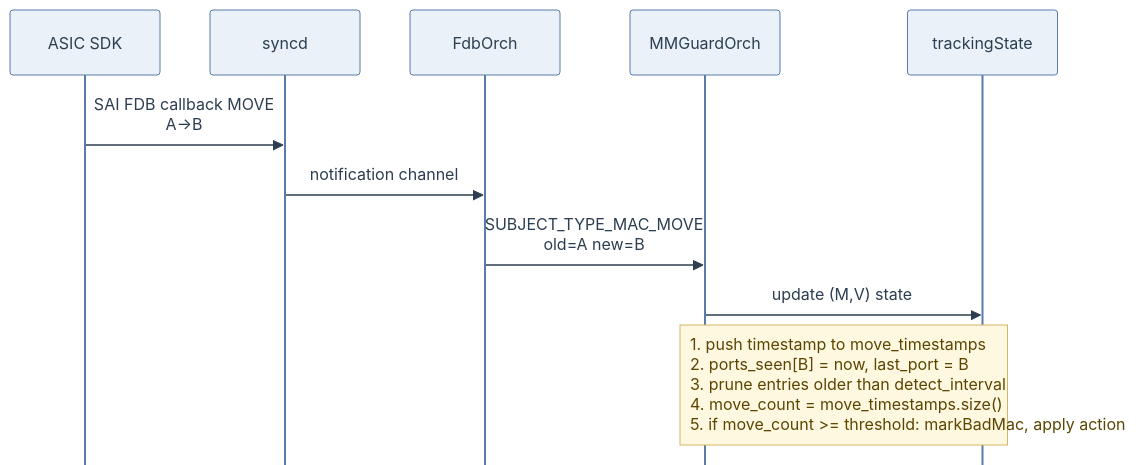
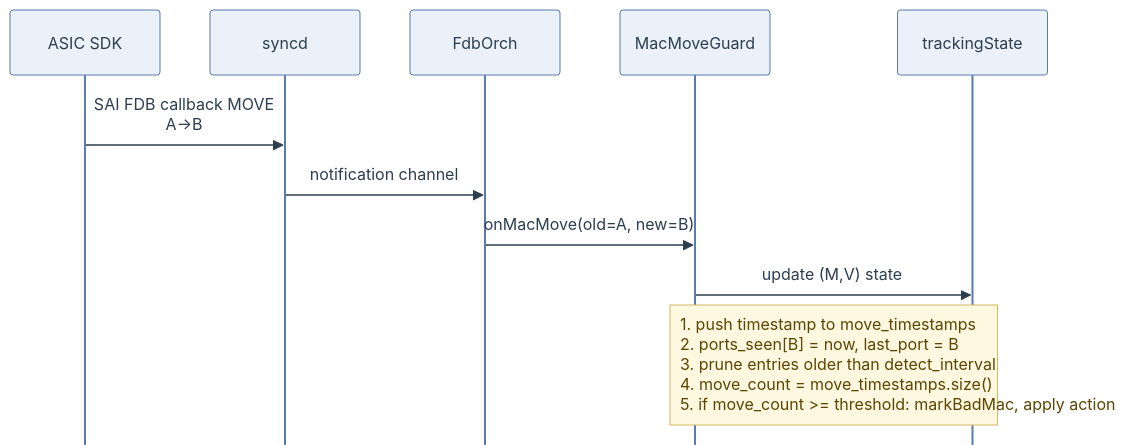
The second of 7 diagrams in doc/mac_move_guard/MAC_MOVE_GUARD_HLD.md (sonic-net/SONiC), drawn with Mermaid before and after one commit. The commit also changed other lines of this file, not shown here.

Commit message:
Modified document to reflect that the mac move guard sits inside fdbOrch. Added phase-2 plans Added a section to explain the interaction of this feature with Notification Dedup mechanism

````diff
--- a/doc/mac_move_guard/MAC_MOVE_GUARD_HLD.md
+++ b/doc/mac_move_guard/MAC_MOVE_GUARD_HLD.md
@@ -168,15 +172,15 @@
 ```mermaid
 %%{init: {'theme':'base','themeVariables':{'primaryColor':'#EAF1F8','primaryBorderColor':'#5B7BAB','primaryTextColor':'#2C3E50','lineColor':'#7A8B9F','secondaryColor':'#F4F0E8','tertiaryColor':'#F9FAFC','noteBkgColor':'#FFF8E1','noteTextColor':'#5C4500','noteBorderColor':'#D4B563','actorBkg':'#EAF1F8','actorBorder':'#5B7BAB','actorTextColor':'#2C3E50','fontSize':'9px'},'sequence':{'useMaxWidth':false,'actorFontSize':9,'noteFontSize':9,'messageFontSize':9,'mirrorActors':false,'noteAlign':'left','wrap':true},'themeCSS':'.noteText, .noteText tspan, .note text, .note tspan { font-size: 9px !important; }'}}%%
 sequenceDiagram
     participant ASIC as ASIC SDK
     participant SYN as syncd
     participant FDB as FdbOrch
-    participant MMG as MMGuardOrch
+    participant MMG as MacMoveGuard
     participant TS as trackingState
 
     ASIC->>SYN: SAI FDB callback MOVE A→B
     SYN->>FDB: notification channel
-    FDB->>MMG: SUBJECT_TYPE_MAC_MOVE old=A new=B
+    FDB->>MMG: onMacMove(old=A, new=B)
     MMG->>TS: update (M,V) state
     Note over MMG,TS: 1. push timestamp to move_timestamps<br/>2. ports_seen[B] = now, last_port = B<br/>3. prune entries older than detect_interval<br/>4. move_count = move_timestamps.size()<br/>5. if move_count >= threshold: markBadMac, apply action
 ```
````
